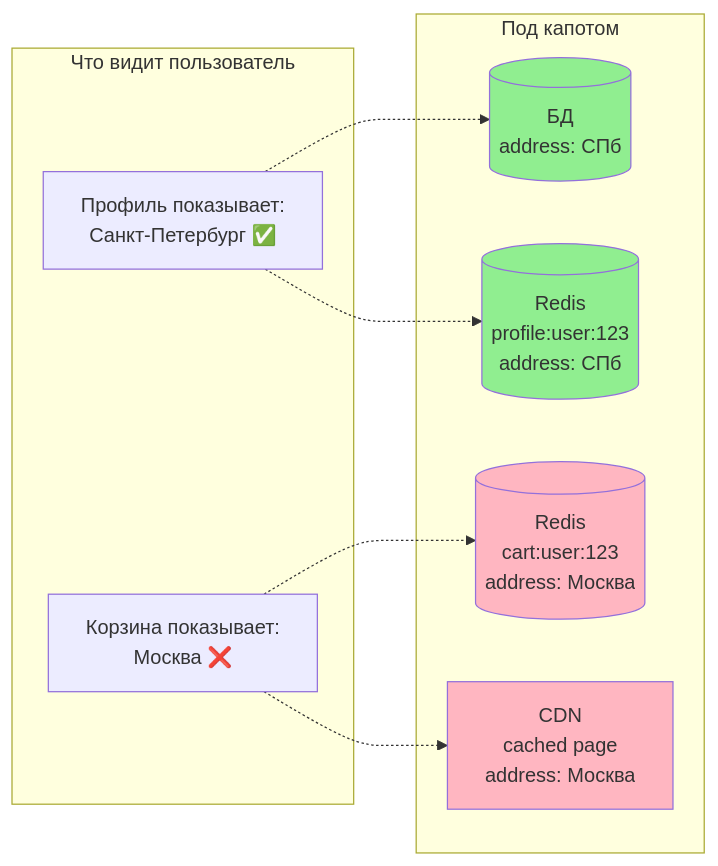
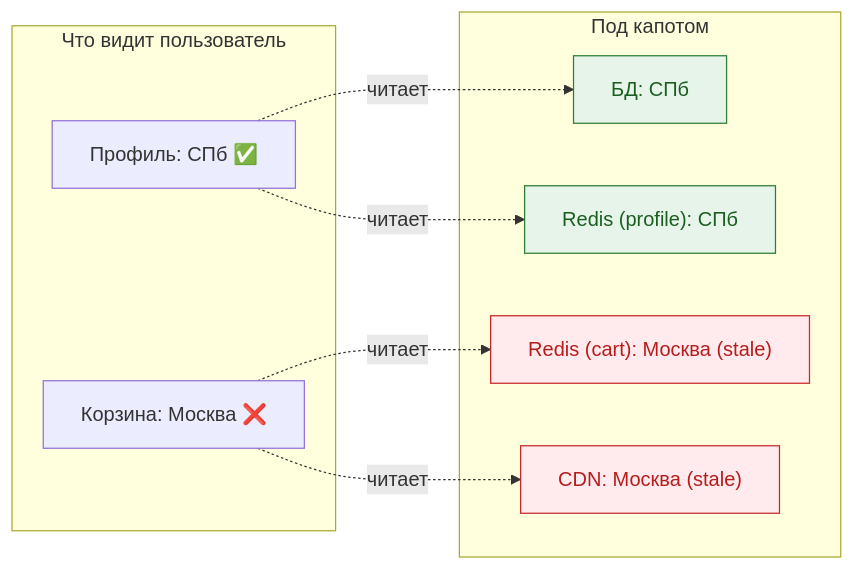
The third of 19 diagrams in cache/readme.md (savinmikhail/advanced-system-design), drawn with Mermaid before and after one commit. The commit also changed other lines of this file, not shown here.

Commit message:
вырвиглазный контраст схем, нечитаемый текст часто, редис можно квадратиками рисовать

````diff
--- a/cache/readme.md
+++ b/cache/readme.md
@@ -197,24 +197,25 @@
 ```mermaid
 graph LR
     subgraph "Что видит пользователь"
-        A[Профиль показывает:<br/>Санкт-Петербург ✅]
-        B[Корзина показывает:<br/>Москва ❌]
+        A["Профиль: СПб ✅"]
+        B["Корзина: Москва ❌"]
     end
-    
+
     subgraph "Под капотом"
-        DB[(БД<br/>address: СПб)]
-        Redis1[(Redis<br/>profile:user:123<br/>address: СПб)]
-        Redis2[(Redis<br/>cart:user:123<br/>address: Москва)]
-        CDN[CDN<br/>cached page<br/>address: Москва]
+        DB["БД: СПб"]
+        R1["Redis (profile): СПб"]
+        R2["Redis (cart): Москва (stale)"]
+        CDN["CDN: Москва (stale)"]
     end
-    
-    A -.-> Redis1
-    A -.-> DB
-    B -.-> Redis2
-    B -.-> CDN
-    
-    style Redis1 fill:#90EE90
-    style DB fill:#90EE90
-    style Redis2 fill:#FFB6C1
-    style CDN fill:#FFB6C1
+
+    A -. читает .-> R1
+    A -. читает .-> DB
+    B -. читает .-> R2
+    B -. читает .-> CDN
+
+    classDef fresh fill:#e6f4ea,stroke:#2e7d32,color:#1b5e20;
+    classDef stale fill:#ffebee,stroke:#c62828,color:#b71c1c;
+
+    class DB,R1 fresh;
+    class R2,CDN stale;
 ```
````
